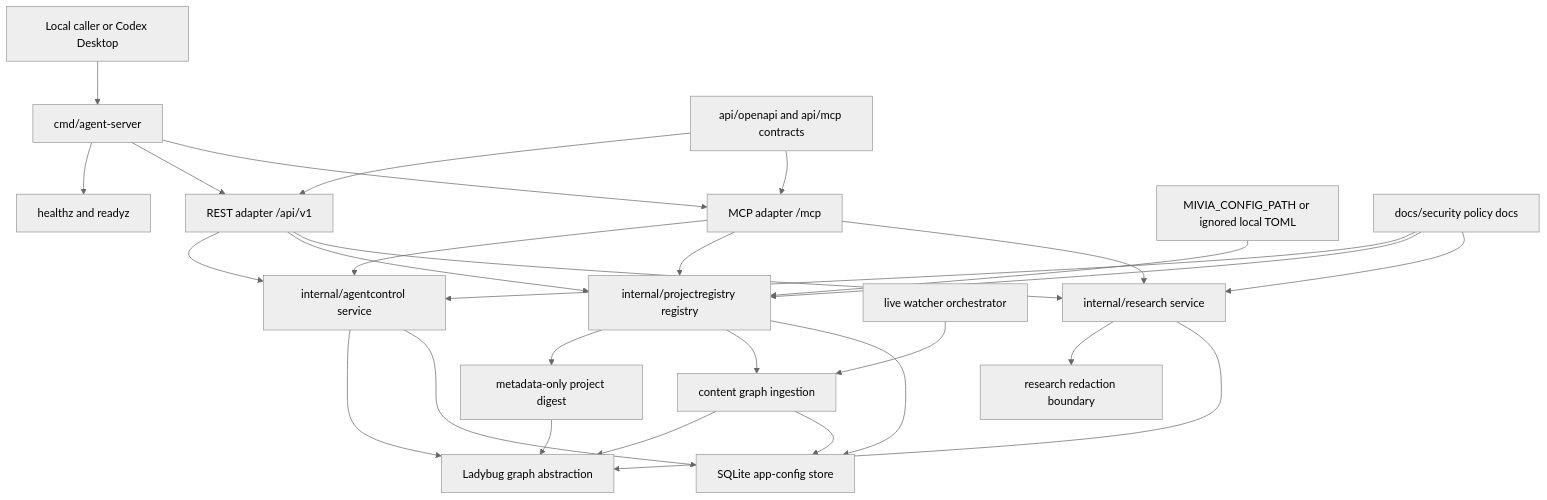
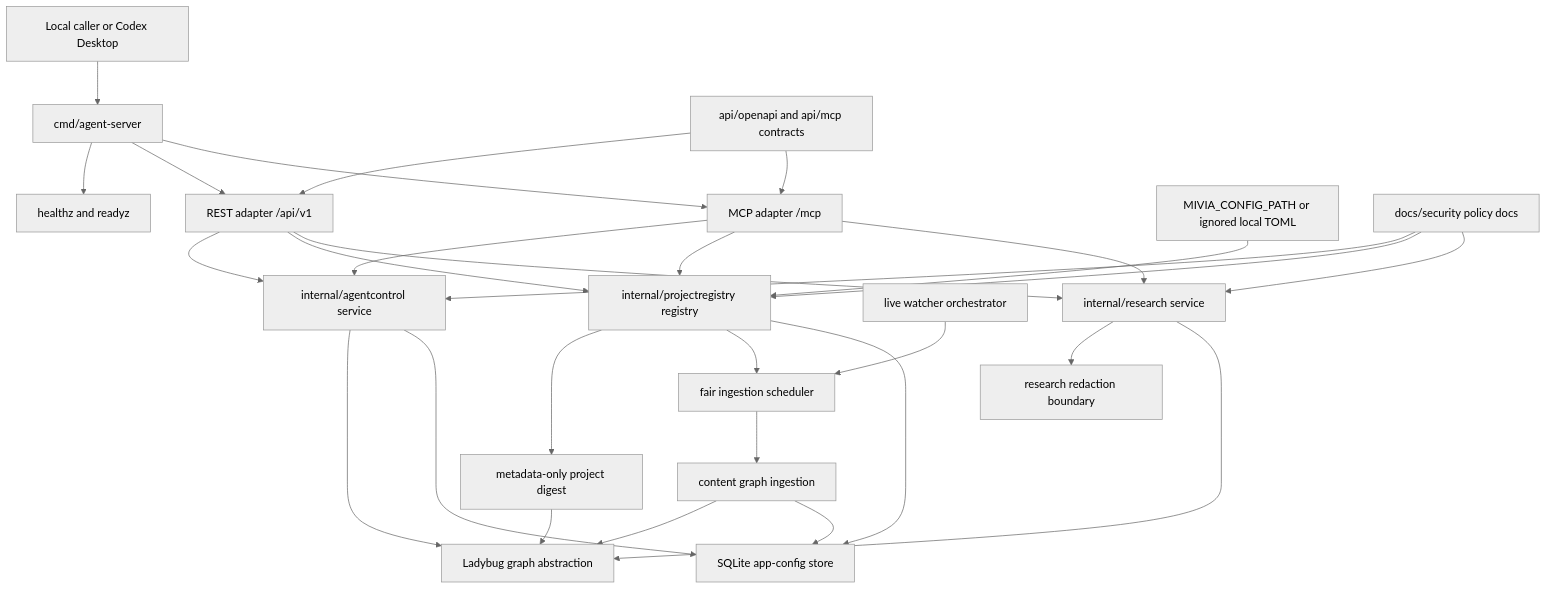
Before and after one commit to MiviaLabs/go-mivia: the first of 5 diagrams in docs/architecture/system-architecture.md, drawn with Mermaid (neutral theme). The commit also changed other lines of this file and 34 other files, not shown here.

Commit message:
feat(ingestion): promote ast extraction and fair ingestion scheduling

````diff
--- a/docs/architecture/system-architecture.md
+++ b/docs/architecture/system-architecture.md
@@ -26,48 +26,50 @@
 ```mermaid
 flowchart TB
   LocalClient["Local caller or Codex Desktop"]
   Server["cmd/agent-server"]
   Health["healthz and readyz"]
   REST["REST adapter /api/v1"]
   MCP["MCP adapter /mcp"]
   AgentService["internal/agentcontrol service"]
   ProjectRegistry["internal/projectregistry registry"]
   ProjectDigest["metadata-only project digest"]
   ProjectIngestion["content graph ingestion"]
+  Scheduler["fair ingestion scheduler"]
   Watcher["live watcher orchestrator"]
   ResearchService["internal/research service"]
   Redaction["research redaction boundary"]
   Ladybug["Ladybug graph abstraction"]
   SQLite["SQLite app-config store"]
   ConfigFile["MIVIA_CONFIG_PATH or ignored local TOML"]
   Contracts["api/openapi and api/mcp contracts"]
   SecurityDocs["docs/security policy docs"]
 
   LocalClient --> Server
   Server --> Health
   Server --> REST
   Server --> MCP
   REST --> AgentService
   MCP --> AgentService
   REST --> ProjectRegistry
   MCP --> ProjectRegistry
   ProjectRegistry --> ProjectDigest
   ProjectDigest --> Ladybug
-  ProjectRegistry --> ProjectIngestion
-  Watcher --> ProjectIngestion
+  ProjectRegistry --> Scheduler
+  Watcher --> Scheduler
+  Scheduler --> ProjectIngestion
   ProjectIngestion --> Ladybug
   ProjectIngestion --> SQLite
   ConfigFile --> ProjectRegistry
   REST --> ResearchService
   MCP --> ResearchService
   ResearchService --> Redaction
   AgentService --> Ladybug
   ResearchService --> Ladybug
   AgentService --> SQLite
   ProjectRegistry --> SQLite
   Contracts --> REST
   Contracts --> MCP
   SecurityDocs --> AgentService
   SecurityDocs --> ProjectRegistry
   SecurityDocs --> ResearchService
 ```
````
